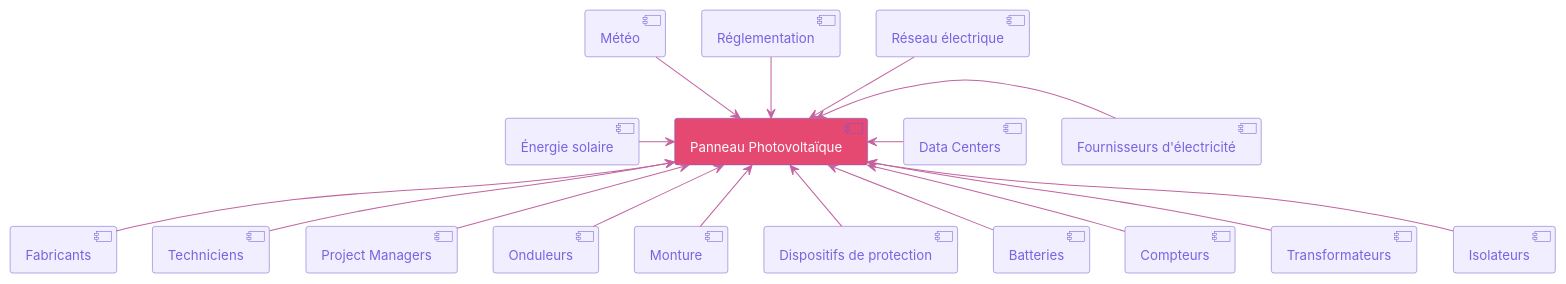
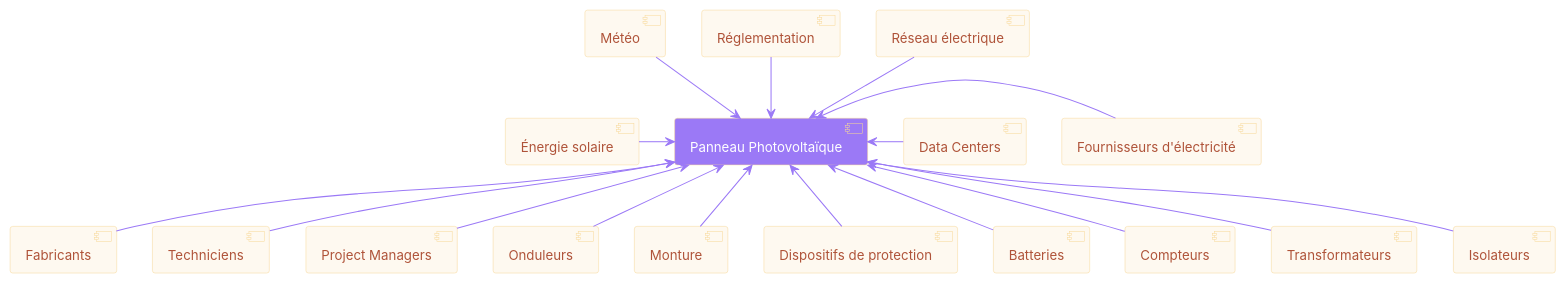
Before and after one commit to samidare-co/ingenierie-panneau-solaire: the diagram in diagramme_de_contexte.puml, drawn with PlantUML. The commit also changed other lines of this file, not shown here.

Commit message:
refactor : diagramme de contexte orange violet

```diff
--- a/diagramme_de_contexte.puml
+++ b/diagramme_de_contexte.puml
@@ -1,39 +2,39 @@
 @startuml
 skinparam backgroundColor white
 
 skinparam component {
-  FontSize 13
-  BackgroundColor<<Apache>> #F0EEFF
+   FontSize 13
+  BackgroundColor<<Apache>> #9B79F6
   BorderColor<<Apache>> #FFC57A
   FontName Inter
-FontColor #7664E1
-  BorderColor #7359CC
+FontColor #AF5339
+  BorderColor #F8D898
 
-  BackgroundColor #F0EEFF
+  BackgroundColor #FEF9F0
   ArrowFontName Impact
 
-  ArrowColor #C363A0
+  ArrowColor #9B79F6
   ArrowFontColor #777777
 }
-[A] as "<color:white>Panneau Photovoltaïque</color>" #E54871
+[A] as "<color:white>Panneau Photovoltaïque</color>" #9B79F6
 
 
 [Énergie solaire] -right-> [A]
 [Fournisseurs d'électricité] -left-> [A]
 [Data Centers] -left-> [A]
 
 [Météo] -down-> [A]
 [Réglementation] -down-> [A]
 [Réseau électrique] -down-> [A]
 [Fabricants] -up-> [A]
 [Techniciens] -up-> [A]
 [Project Managers] -up-> [A]
 [Onduleurs] -up-> [A]
 [Monture] -up-> [A]
 [Dispositifs de protection] -up-> [A]
 [Batteries] -up-> [A]
 [Compteurs] -up-> [A]
 [Transformateurs] -up-> [A]
 [Isolateurs] -up-> [A]
 
 @enduml
```
